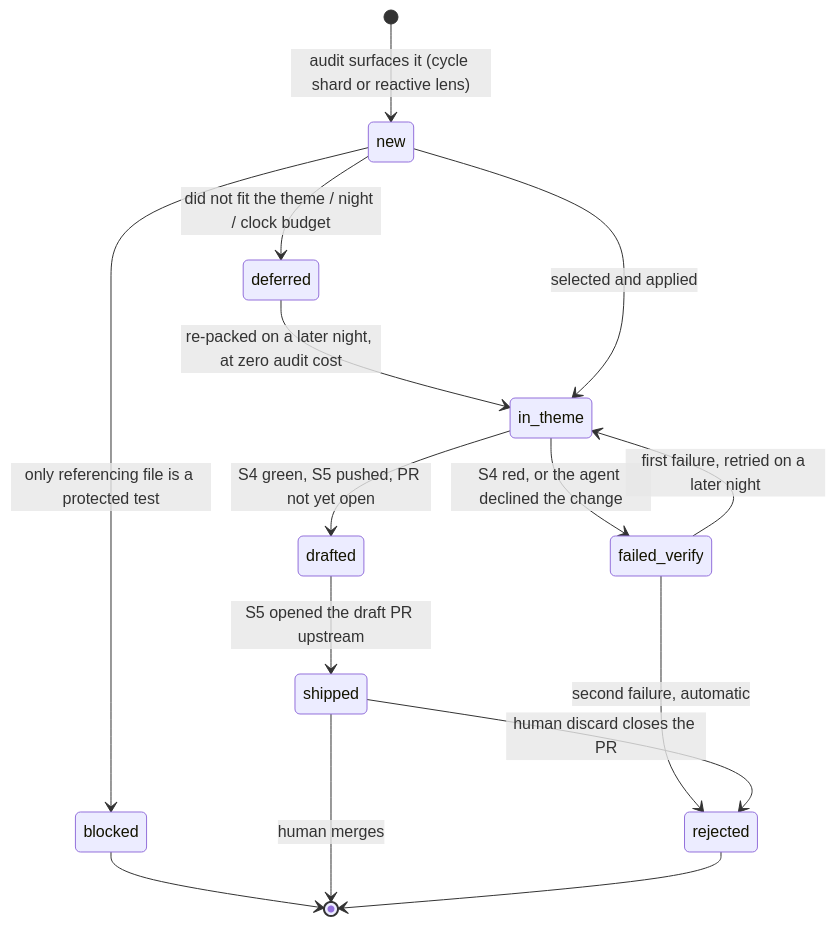
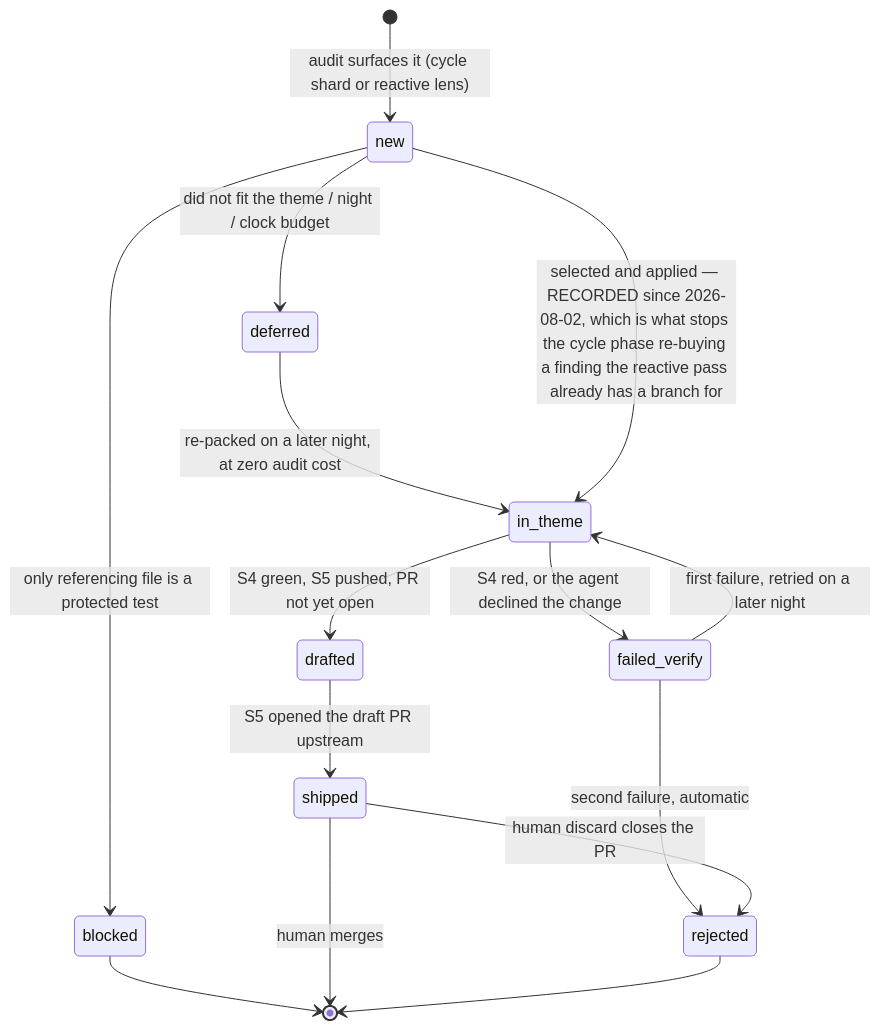
Before and after one commit to ayushmk7/NightShift: the third of 4 diagrams in WORKFLOW.md, drawn with Mermaid. The commit also changed other lines of this file and 10 other files, not shown here.

````diff
--- a/WORKFLOW.md
+++ b/WORKFLOW.md
@@ -263,17 +263,17 @@
 ```mermaid
 stateDiagram-v2
     [*] --> new: audit surfaces it (cycle shard or reactive lens)
     new --> deferred: did not fit the theme / night / clock budget
     deferred --> in_theme: re-packed on a later night, at zero audit cost
-    new --> in_theme: selected and applied
+    new --> in_theme: selected and applied — RECORDED since 2026-08-02, which is what stops the cycle phase re-buying a finding the reactive pass already has a branch for
     new --> blocked: only referencing file is a protected test
     in_theme --> drafted: S4 green, S5 pushed, PR not yet open
     drafted --> shipped: S5 opened the draft PR upstream
     in_theme --> failed_verify: S4 red, or the agent declined the change
     failed_verify --> in_theme: first failure, retried on a later night
     failed_verify --> rejected: second failure, automatic
     shipped --> rejected: human discard closes the PR
     blocked --> [*]
     shipped --> [*]: human merges
     rejected --> [*]
 ```
````
